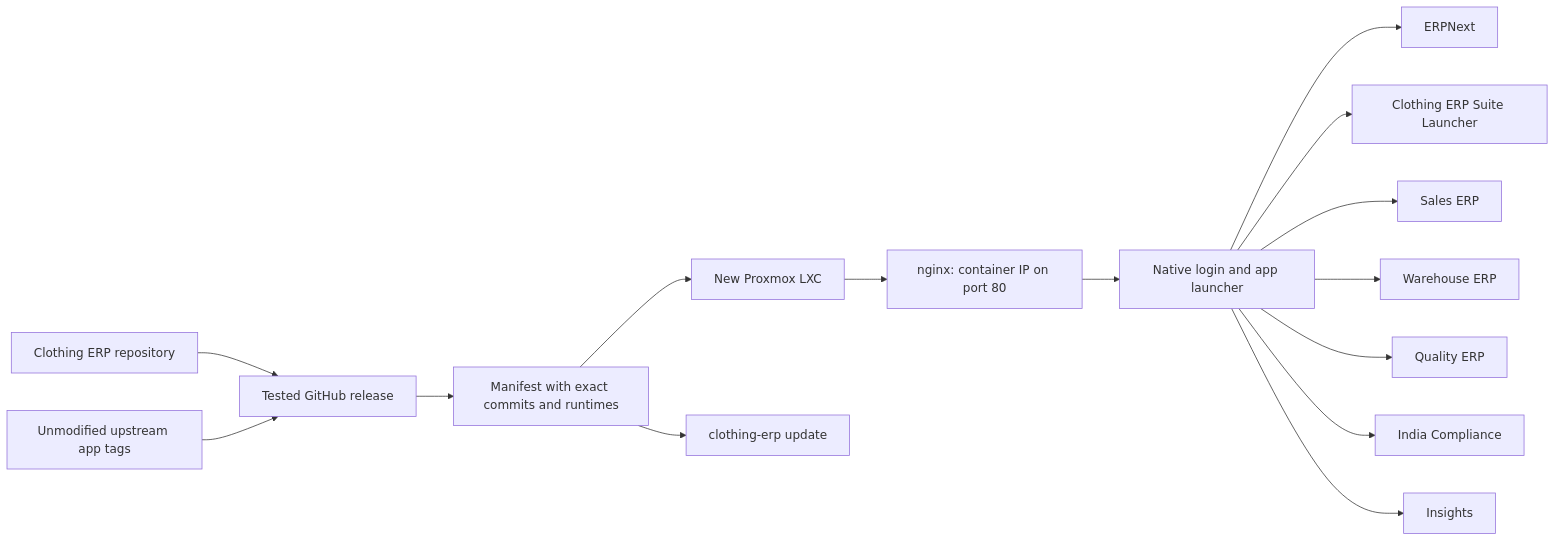
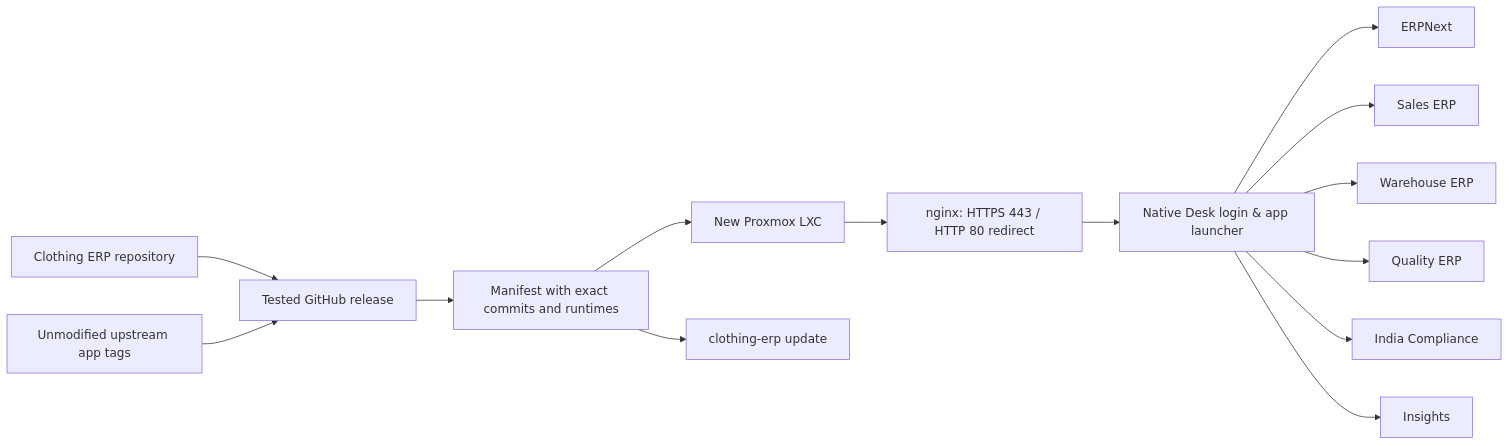
Before and after one commit to AviDhandhania/erp: the diagram in docs/architecture.md, drawn with Mermaid. The commit also changed 7 other files, not shown here.

````diff
--- a/docs/architecture.md
+++ b/docs/architecture.md
@@ -3,17 +3,16 @@
 ```mermaid
 flowchart LR
   A[Clothing ERP repository] --> C[Tested GitHub release]
   B[Unmodified upstream app tags] --> C
   C --> D[Manifest with exact commits and runtimes]
   D --> E[New Proxmox LXC]
   D --> F[clothing-erp update]
-  E --> G[nginx: container IP on port 80]
-  G --> H[Native login and app launcher]
+  E --> G[nginx: HTTPS 443 / HTTP 80 redirect]
+  G --> H[Native Desk login & app launcher]
   H --> I[ERPNext]
-  H --> J[Clothing ERP Suite Launcher]
   H --> K[Sales ERP]
   H --> L[Warehouse ERP]
   H --> M[Quality ERP]
   H --> N[India Compliance]
   H --> O[Insights]
 ```
````
